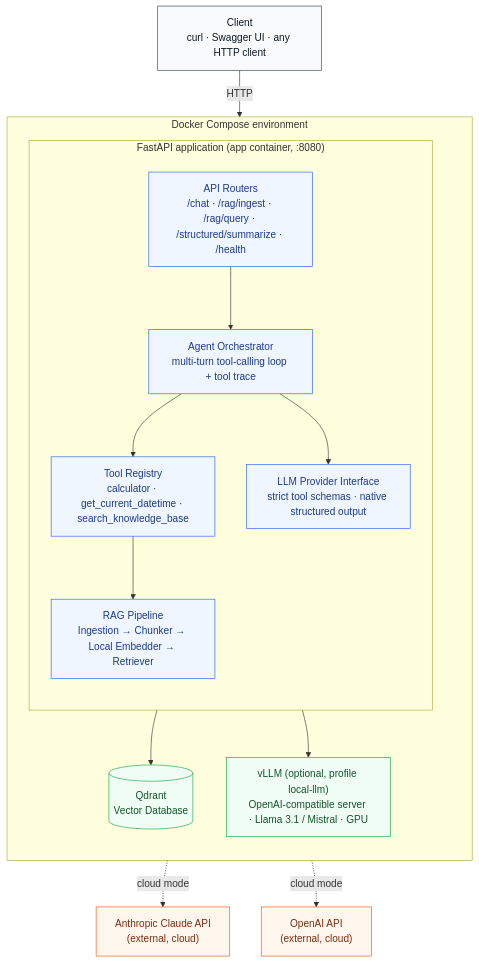
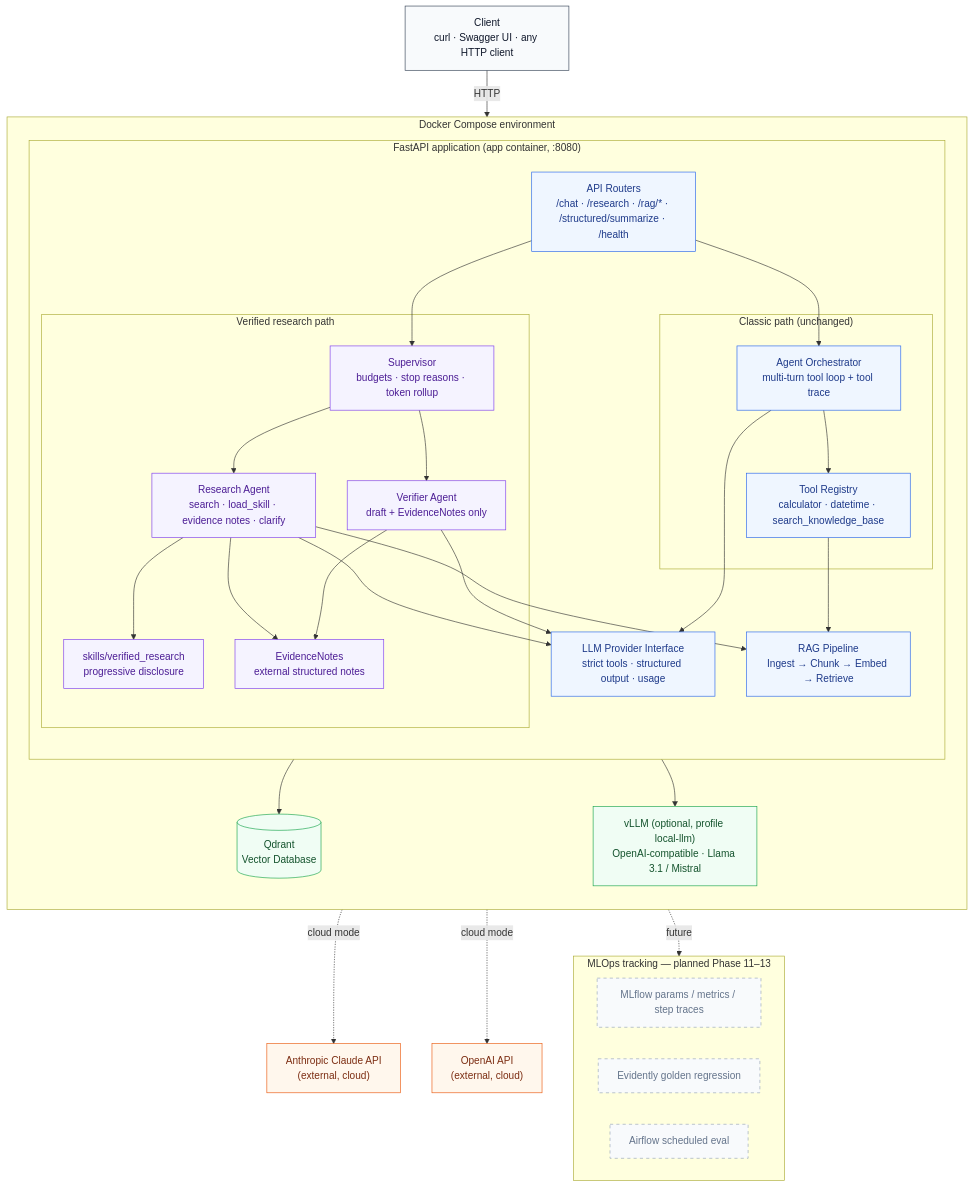
Before and after one commit to clerisy47/AI-Assistant: the diagram in README.md, drawn with Mermaid. The commit also changed other lines of this file and 7 other files, not shown here.

````diff
--- a/README.md
+++ b/README.md
@@ -26,45 +27,78 @@
 ```mermaid
 flowchart TB
     Client["Client<br/>curl · Swagger UI · any HTTP client"]
 
     subgraph Compose["Docker Compose environment"]
         direction TB
 
         subgraph FastAPIApp["FastAPI application (app container, :8080)"]
             direction TB
-            Routers["API Routers<br/>/chat · /rag/ingest · /rag/query · /structured/summarize · /health"]
-            Orchestrator["Agent Orchestrator<br/>multi-turn tool-calling loop + tool trace"]
-            Tools["Tool Registry<br/>calculator · get_current_datetime · search_knowledge_base"]
-            LLMIface["LLM Provider Interface<br/>strict tool schemas · native structured output"]
-            RAG["RAG Pipeline<br/>Ingestion → Chunker → Local Embedder → Retriever"]
+            Routers["API Routers<br/>/chat · /research · /rag/* · /structured/summarize · /health"]
+
+            subgraph Classic["Classic path (unchanged)"]
+                Orchestrator["Agent Orchestrator<br/>multi-turn tool loop + tool trace"]
+                ChatTools["Tool Registry<br/>calculator · datetime · search_knowledge_base"]
+            end
+
+            subgraph ResearchPath["Verified research path"]
+                Supervisor["Supervisor<br/>budgets · stop reasons · token rollup"]
+                Research["Research Agent<br/>search · load_skill · evidence notes · clarify"]
+                Verifier["Verifier Agent<br/>draft + EvidenceNotes only"]
+                Skill["skills/verified_research<br/>progressive disclosure"]
+                Notes["EvidenceNotes<br/>external structured notes"]
+            end
+
+            LLMIface["LLM Provider Interface<br/>strict tools · structured output · usage"]
+            RAG["RAG Pipeline<br/>Ingest → Chunk → Embed → Retrieve"]
 
             Routers --> Orchestrator
-            Orchestrator --> Tools
+            Routers --> Supervisor
+            Orchestrator --> ChatTools
             Orchestrator --> LLMIface
-            Tools --> RAG
+            ChatTools --> RAG
+
+            Supervisor --> Research
+            Supervisor --> Verifier
+            Research --> Skill
+            Research --> Notes
+            Verifier --> Notes
+            Research --> LLMIface
+            Verifier --> LLMIface
+            Research --> RAG
         end
 
         Qdrant[("Qdrant<br/>Vector Database")]
-        VLLM["vLLM (optional, profile local-llm)<br/>OpenAI-compatible server · Llama 3.1 / Mistral · GPU"]
+        VLLM["vLLM (optional, profile local-llm)<br/>OpenAI-compatible · Llama 3.1 / Mistral"]
 
         RAG --> Qdrant
         LLMIface --> VLLM
     end
 
     Anthropic["Anthropic Claude API<br/>(external, cloud)"]
     OpenAI["OpenAI API<br/>(external, cloud)"]
 
+    subgraph MLOpsStub["MLOps tracking — planned Phase 11–13"]
+        MLflowStub["MLflow params / metrics / step traces"]
+        EvidentlyStub["Evidently golden regression"]
+        AirflowStub["Airflow scheduled eval"]
+    end
+
     Client -- HTTP --> Routers
     LLMIface -. cloud mode .-> Anthropic
     LLMIface -. cloud mode .-> OpenAI
+    Supervisor -. future .-> MLOpsStub
 
     classDef app fill:#eff6ff,stroke:#2563eb,color:#1e3a8a;
     classDef container fill:#f0fdf4,stroke:#16a34a,color:#14532d;
     classDef cloud fill:#fff7ed,stroke:#ea580c,color:#7c2d12;
     classDef client fill:#f8fafc,stroke:#334155,color:#0f172a;
+    classDef research fill:#f5f3ff,stroke:#7c3aed,color:#4c1d95;
+    classDef stub fill:#f8fafc,stroke:#94a3b8,color:#64748b,stroke-dasharray: 5 5;
 
     class Client client;
-    class Routers,Orchestrator,Tools,LLMIface,RAG app;
+    class Routers,Orchestrator,ChatTools,LLMIface,RAG app;
+    class Supervisor,Research,Verifier,Skill,Notes research;
     class Qdrant,VLLM container;
     class Anthropic,OpenAI cloud;
+    class MLflowStub,EvidentlyStub,AirflowStub stub;
 ```
````
